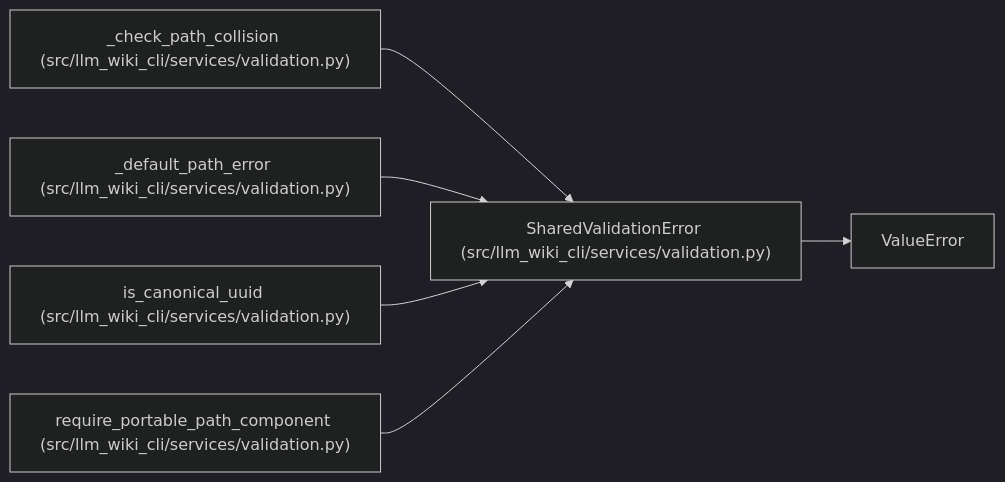
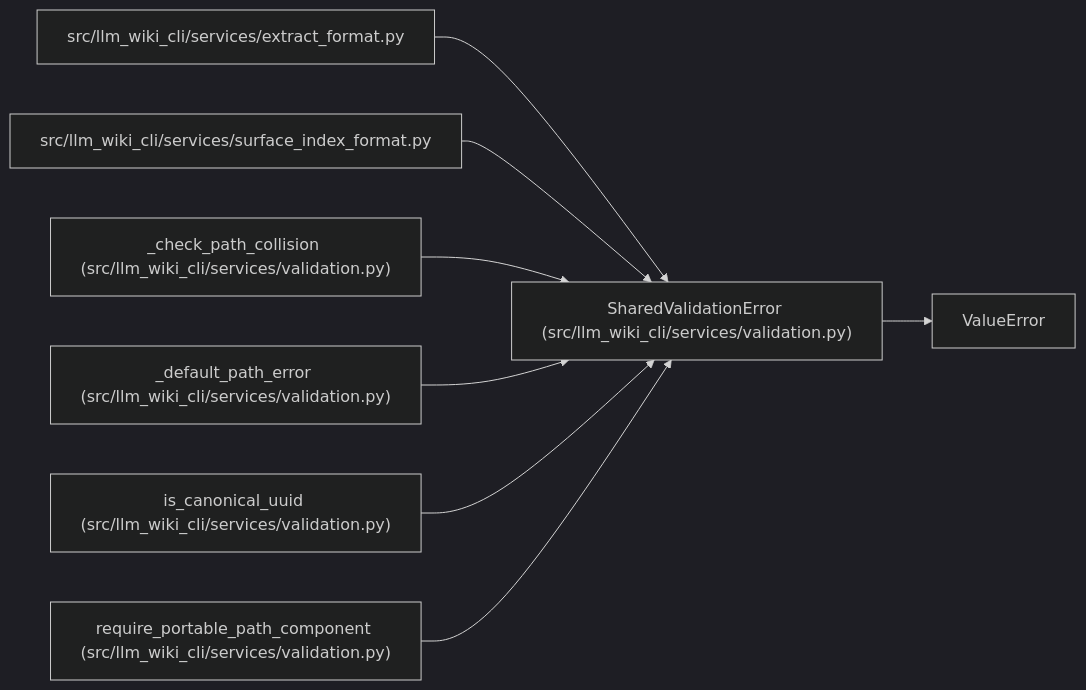
The diagram in docs/llm_wiki/entities/SharedValidationError.md (Denissvgn/python-wiki-llm), drawn with Mermaid (dark theme) before and after one commit. The commit also changed other lines of this file and 1555 other files, not shown here.

````diff
--- a/docs/llm_wiki/entities/SharedValidationError.md
+++ b/docs/llm_wiki/entities/SharedValidationError.md
@@ -23,19 +23,25 @@
 ```mermaid
 flowchart LR
     n0["SharedValidationError (src/llm_wiki_cli/services/validation.py)"]
     n1["ValueError"]
-    n2["_check_path_collision (src/llm_wiki_cli/services/validation.py)"]
-    n3["_default_path_error (src/llm_wiki_cli/services/validation.py)"]
-    n4["is_canonical_uuid (src/llm_wiki_cli/services/validation.py)"]
-    n5["require_portable_path_component (src/llm_wiki_cli/services/validation.py)"]
+    n2["src/llm_wiki_cli/services/extract_format.py"]
+    n3["src/llm_wiki_cli/services/surface_index_format.py"]
+    n4["_check_path_collision (src/llm_wiki_cli/services/validation.py)"]
+    n5["_default_path_error (src/llm_wiki_cli/services/validation.py)"]
+    n6["is_canonical_uuid (src/llm_wiki_cli/services/validation.py)"]
+    n7["require_portable_path_component (src/llm_wiki_cli/services/validation.py)"]
     n0 --> n1
     n2 --> n0
     n3 --> n0
     n4 --> n0
     n5 --> n0
+    n6 --> n0
+    n7 --> n0
     click n0 "../modules/validation.md"
-    click n2 "../modules/validation.md"
-    click n3 "../modules/validation.md"
+    click n2 "../modules/extract_format.md"
+    click n3 "../modules/surface_index_format.md"
     click n4 "../modules/validation.md"
     click n5 "../modules/validation.md"
+    click n6 "../modules/validation.md"
+    click n7 "../modules/validation.md"
 ```
````
